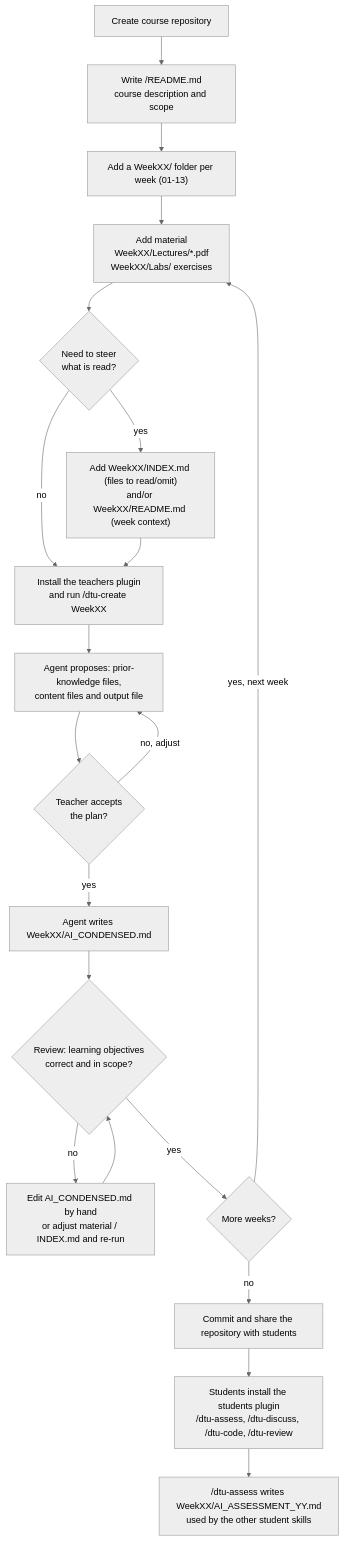
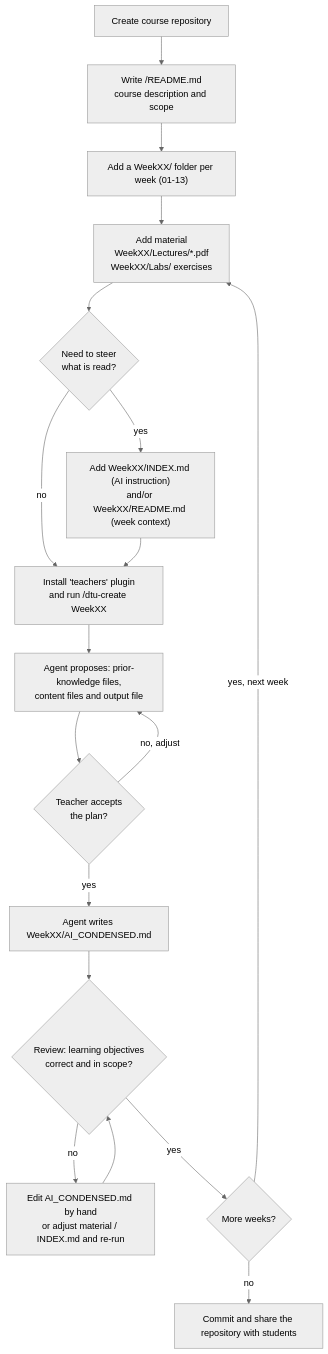
One commit to dtudk/dtu-teaching-skills changed the first of 2 diagrams in README.md. Above: the diagram before and after it, drawn with Mermaid (neutral theme).

Commit message:
fixed mermaid

````diff
--- a/README.md
+++ b/README.md
@@ -26,22 +26,20 @@
 ```mermaid
 flowchart TD
     A[Create course repository] --> B["Write /README.md<br/>course description and scope"]
     B --> C["Add a WeekXX/ folder per week (01-13)"]
     C --> D["Add material<br/>WeekXX/Lectures/*.pdf<br/>WeekXX/Labs/ exercises"]
     D --> E{"Need to steer<br/>what is read?"}
-    E -- yes --> F["Add WeekXX/INDEX.md (files to read/omit)<br/>and/or WeekXX/README.md (week context)"]
+    E -- yes --> F["Add WeekXX/INDEX.md (AI instruction)<br/>and/or WeekXX/README.md (week context)"]
     E -- no --> G
-    F --> G["Install the teachers plugin<br/>and run /dtu-create WeekXX"]
+    F --> G["Install 'teachers' plugin<br/>and run /dtu-create WeekXX"]
     G --> H["Agent proposes: prior-knowledge files,<br/>content files and output file"]
     H --> I{"Teacher accepts<br/>the plan?"}
     I -- no, adjust --> H
     I -- yes --> J["Agent writes WeekXX/AI_CONDENSED.md"]
     J --> K{"Review: learning objectives<br/>correct and in scope?"}
     K -- no --> L["Edit AI_CONDENSED.md by hand<br/>or adjust material / INDEX.md and re-run"]
     L --> K
     K -- yes --> M{"More weeks?"}
     M -- "yes, next week" --> D
     M -- no --> N[Commit and share the repository with students]
-    N --> O["Students install the students plugin<br/>/dtu-assess, /dtu-discuss, /dtu-code, /dtu-review"]
-    O --> P["/dtu-assess writes WeekXX/AI_ASSESSMENT_YY.md<br/>used by the other student skills"]
 ```
````
